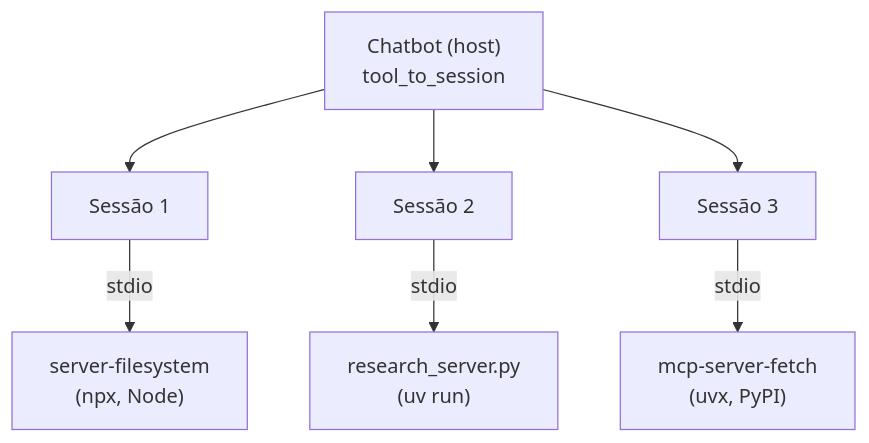
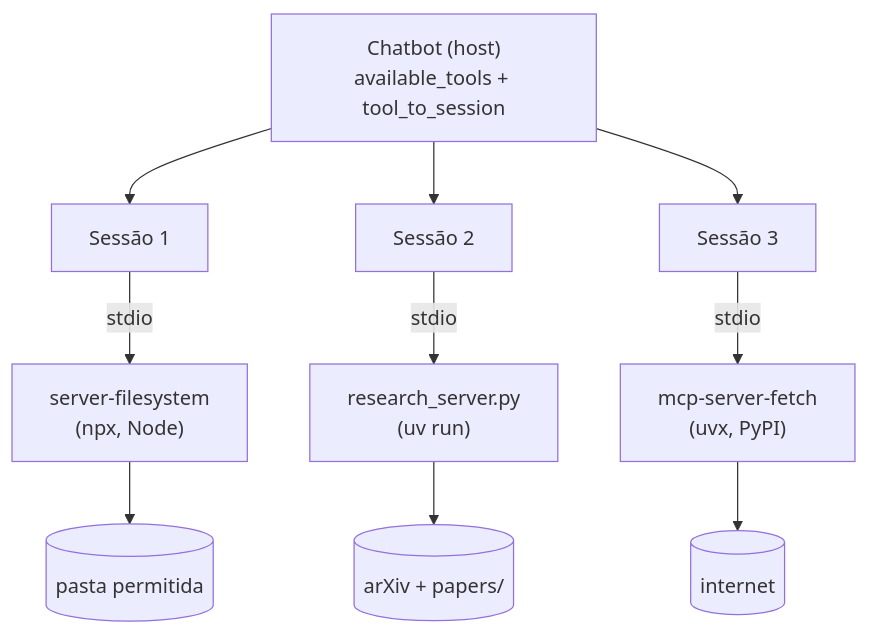
One commit to FloraRosaPupo/mcp-estudos changed the first of 2 diagrams in notas/06-varios-servidores.md. Above: the diagram before and after it, drawn with Mermaid. The commit also changed other lines of this file and 20 other files, not shown here.

````diff
--- a/notas/06-varios-servidores.md
+++ b/notas/06-varios-servidores.md
@@ -5,6 +7,9 @@
 ```mermaid
 flowchart TD
-    H["Chatbot (host)<br/>tool_to_session"] --> C1["Sessão 1"] -- stdio --> S1["server-filesystem<br/>(npx, Node)"]
+    H["Chatbot (host)<br/>available_tools + tool_to_session"] --> C1["Sessão 1"] -- stdio --> S1["server-filesystem<br/>(npx, Node)"]
     H --> C2["Sessão 2"] -- stdio --> S2["research_server.py<br/>(uv run)"]
     H --> C3["Sessão 3"] -- stdio --> S3["mcp-server-fetch<br/>(uvx, PyPI)"]
+    S1 --> R1[(pasta permitida)]
+    S2 --> R2[(arXiv + papers/)]
+    S3 --> R3[(internet)]
 ```
````
